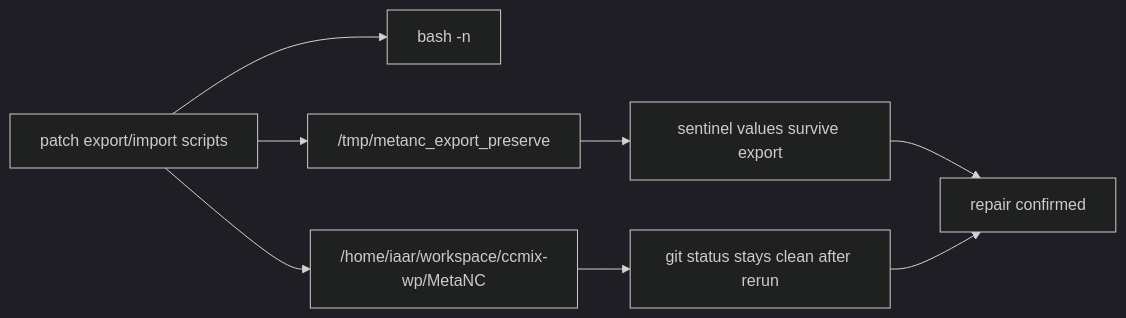
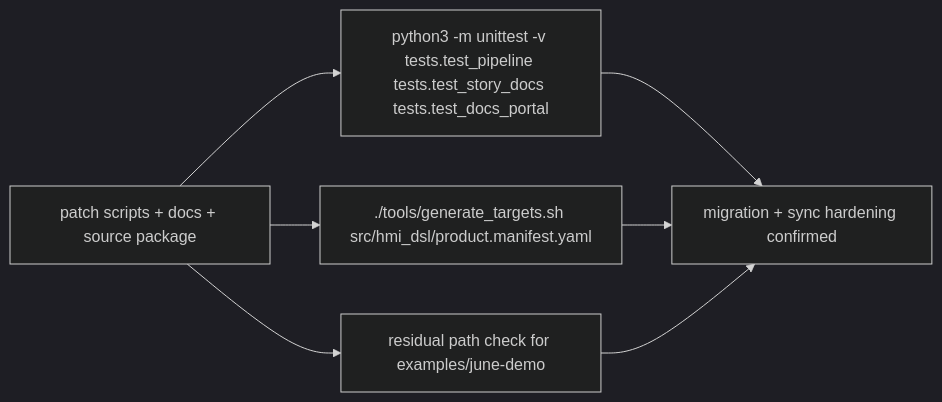
One commit to luppiterw/metanc_hmi_dsl_reports changed the third of 3 diagrams in 2026-04-20-codex-session/architecture-diagram.md. Above: the diagram before and after it, drawn with Mermaid (dark theme). The commit also changed other lines of this file and 6 other files, not shown here.

````diff
--- a/2026-04-20-codex-session/architecture-diagram.md
+++ b/2026-04-20-codex-session/architecture-diagram.md
@@ -33,11 +30,10 @@
 ```mermaid
 flowchart LR
-    PATCH["patch export/import scripts"] --> SHELLCHECK["bash -n"]
-    PATCH --> TMP["/tmp/metanc_export_preserve"]
-    PATCH --> REAL["/home/iaar/workspace/ccmix-wp/MetaNC"]
+    PATCH["patch scripts + docs + source package"] --> TESTS["python3 -m unittest -v tests.test_pipeline tests.test_story_docs tests.test_docs_portal"]
+    PATCH --> TARGETS["./tools/generate_targets.sh src/hmi_dsl/product.manifest.yaml"]
+    PATCH --> CHECK["residual path check for examples/june-demo"]
 
-    TMP --> SENTINEL["sentinel values survive export"]
-    REAL --> CLEAN["git status stays clean after rerun"]
-    SENTINEL --> RESULT["repair confirmed"]
-    CLEAN --> RESULT
+    TESTS --> RESULT["migration + sync hardening confirmed"]
+    TARGETS --> RESULT
+    CHECK --> RESULT
 ```
````
